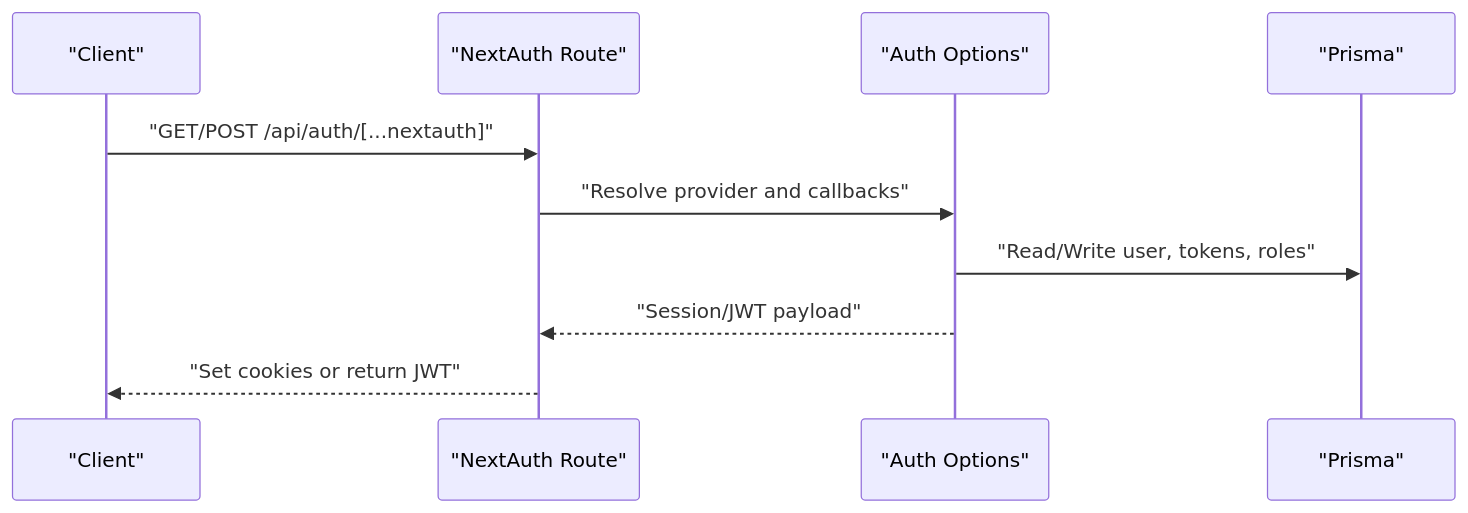
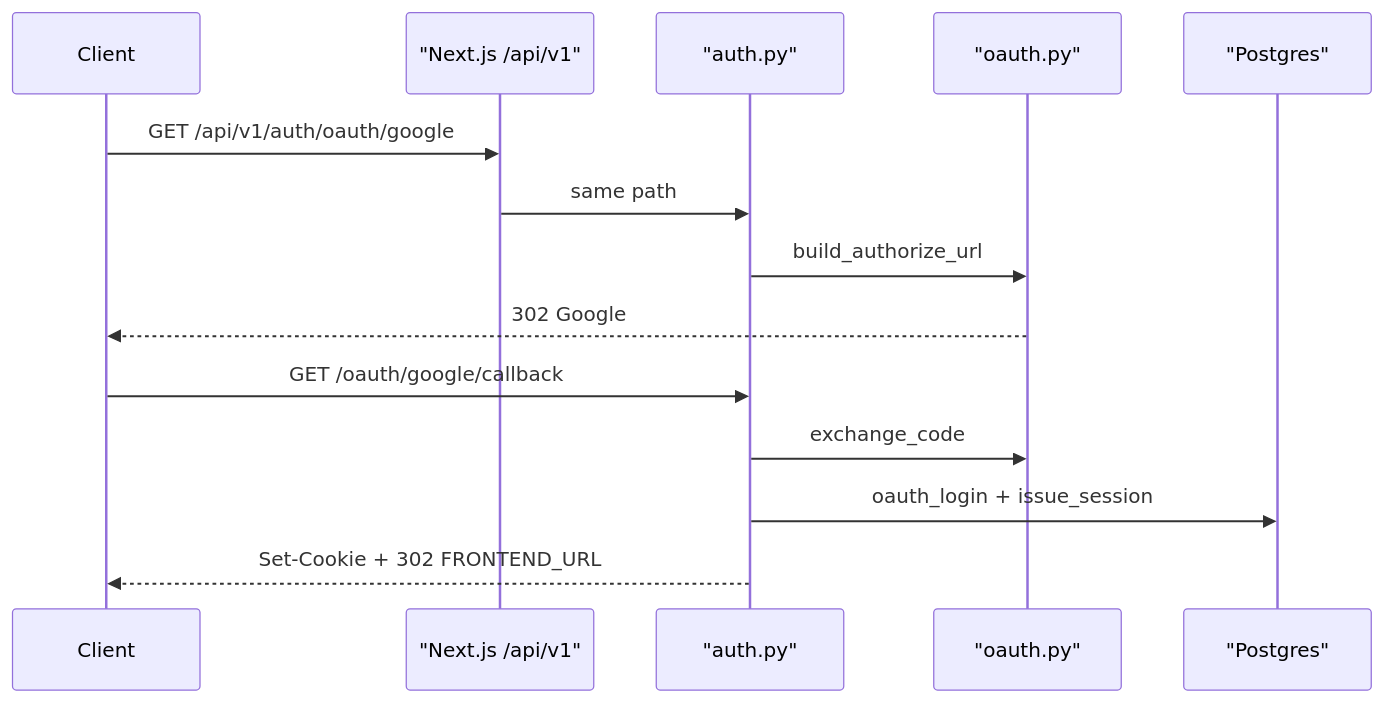
Before and after one commit to tashifkhan/tashif.codes: the second of 5 diagrams in src/data/docs/talentsync/Backend API Reference/Authentication API.md, drawn with Mermaid. The commit also changed other lines of this file and 2128 other files, not shown here.

First line of the commit message:
docs: replace raster diagram images with native Mermaid across project guides

````diff
--- a/src/data/docs/talentsync/Backend API Reference/Authentication API.md
+++ b/src/data/docs/talentsync/Backend API Reference/Authentication API.md
@@ -65,12 +60,16 @@
 ```mermaid
 sequenceDiagram
-participant Client as "Client"
-participant NextAuth as "NextAuth Route"
-participant Auth as "Auth Options"
-participant DB as "Prisma"
-Client->>NextAuth : "GET/POST /api/auth/[...nextauth]"
-NextAuth->>Auth : "Resolve provider and callbacks"
-Auth->>DB : "Read/Write user, tokens, roles"
-Auth-->>NextAuth : "Session/JWT payload"
-NextAuth-->>Client : "Set cookies or return JWT"
+participant Client
+participant Rewrite as "Next.js /api/v1"
+participant Auth as "auth.py"
+participant OAuth as "oauth.py"
+participant DB as "Postgres"
+Client->>Rewrite : GET /api/v1/auth/oauth/google
+Rewrite->>Auth : same path
+Auth->>OAuth : build_authorize_url
+OAuth-->>Client : 302 Google
+Client->>Auth : GET /oauth/google/callback
+Auth->>OAuth : exchange_code
+Auth->>DB : oauth_login + issue_session
+Auth-->>Client : Set-Cookie + 302 FRONTEND_URL
 ```
````
